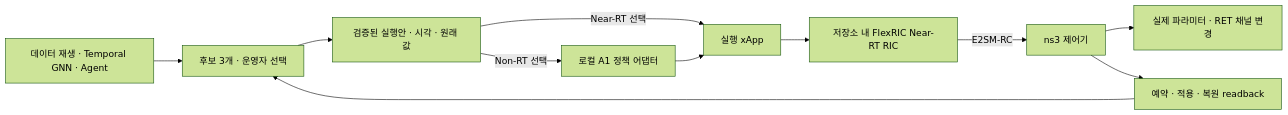
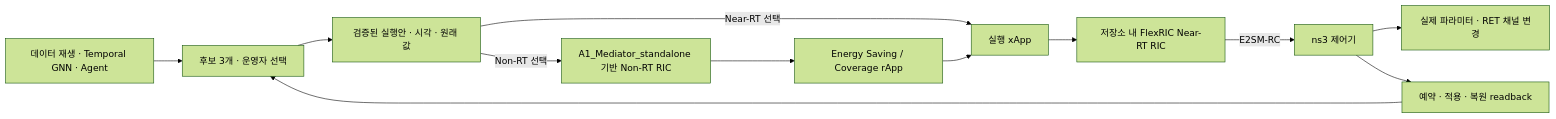
Before and after one commit to gksyb4235/sionna-LENA-oran-flexric-smo: the diagram in AGORA.md, drawn with Mermaid (forest theme). The commit also changed other lines of this file and 1274 other files, not shown here.

````diff
--- a/AGORA.md
+++ b/AGORA.md
@@ -47,13 +48,14 @@
 ```mermaid
 flowchart LR
   A[데이터 재생 · Temporal GNN · Agent] --> B[후보 3개 · 운영자 선택]
   B --> C[검증된 실행안 · 시각 · 원래 값]
   C -->|Near-RT 선택| X[실행 xApp]
-  C -->|Non-RT 선택| P[로컬 A1 정책 어댑터]
-  P --> X
+  C -->|Non-RT 선택| P[A1_Mediator_standalone 기반 Non-RT RIC]
+  P --> RA[Energy Saving / Coverage rApp]
+  RA --> X
   X --> R[저장소 내 FlexRIC Near-RT RIC]
   R -->|E2SM-RC| N[ns3 제어기]
   N --> V[실제 파라미터 · RET 채널 변경]
   N --> S[예약 · 적용 · 복원 readback]
   S --> B
 ```
````
